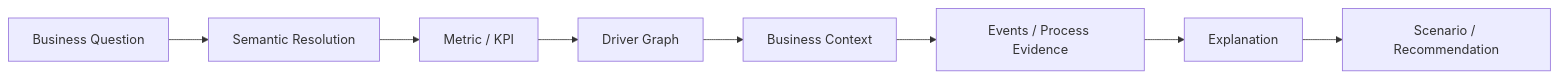
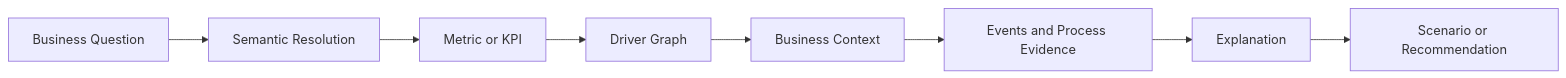
One commit to androviperian/semantic_warehouse_framework changed the sixth of 12 diagrams in book/01-from-reporting-to-decision-intelligence.md. Above: the diagram before and after it, drawn with Mermaid. The commit also changed other lines of this file, not shown here.

Commit message:
Repair and complete chapter 1 Mermaid diagrams

````diff
--- a/book/01-from-reporting-to-decision-intelligence.md
+++ b/book/01-from-reporting-to-decision-intelligence.md
@@ -295,4 +263,10 @@
 ```mermaid
 flowchart LR
-    Q["Business Question"] --> SR["Semantic Resolution"] --> KPI["Metric / KPI"] --> DG["Driver Graph"] --> CTX["Business Context"] --> EV["Events / Process Evidence"] --> EX["Explanation"] --> SC["Scenario / Recommendation"]
+    Q["Business Question"] --> SR["Semantic Resolution"]
+    SR --> KPI["Metric or KPI"]
+    KPI --> DG["Driver Graph"]
+    DG --> CTX["Business Context"]
+    CTX --> EV["Events and Process Evidence"]
+    EV --> EX["Explanation"]
+    EX --> SC["Scenario or Recommendation"]
 ```
````
